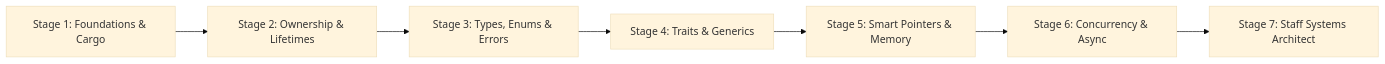
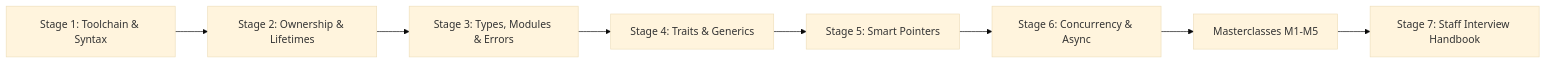
One commit to TheLearningHubOrg/learn-rust changed the first of 23 diagrams in README.md. Above: the diagram before and after it, drawn with Mermaid (base theme). The commit also changed other lines of this file and 23 other files, not shown here.

````diff
--- a/README.md
+++ b/README.md
@@ -23,9 +29,10 @@
 ```mermaid
 flowchart LR
-    S1["Stage 1: Foundations & Cargo"] --> S2["Stage 2: Ownership & Lifetimes"]
-    S2 --> S3["Stage 3: Types, Enums & Errors"]
+    S1["Stage 1: Toolchain & Syntax"] --> S2["Stage 2: Ownership & Lifetimes"]
+    S2 --> S3["Stage 3: Types, Modules & Errors"]
     S3 --> S4["Stage 4: Traits & Generics"]
-    S4 --> S5["Stage 5: Smart Pointers & Memory"]
+    S4 --> S5["Stage 5: Smart Pointers"]
     S5 --> S6["Stage 6: Concurrency & Async"]
-    S6 --> S7["Stage 7: Staff Systems Architect"]
+    S6 --> M["Masterclasses M1-M5"]
+    M --> S7["Stage 7: Staff Interview Handbook"]
 ```
````
